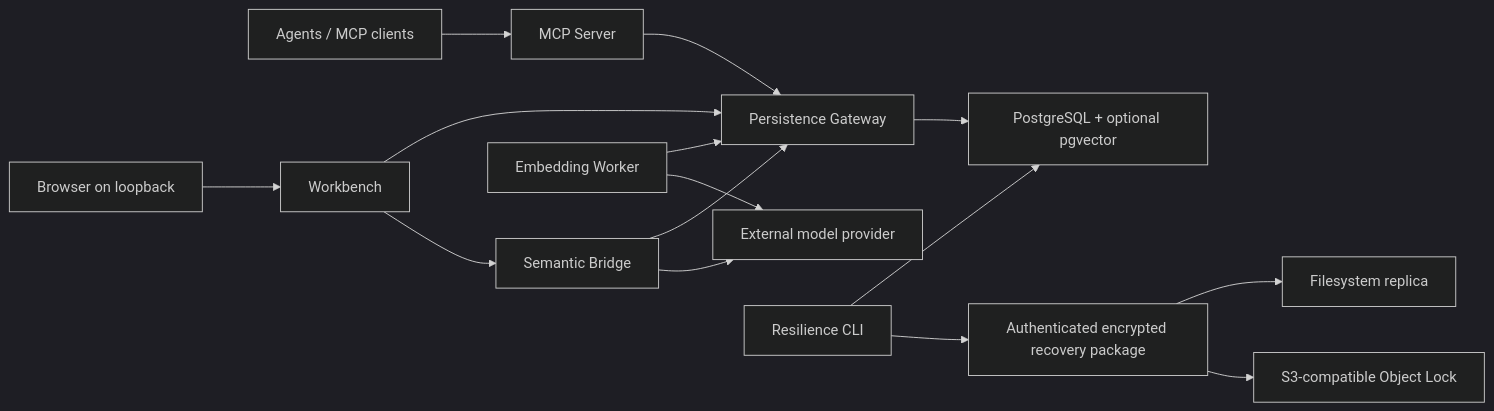
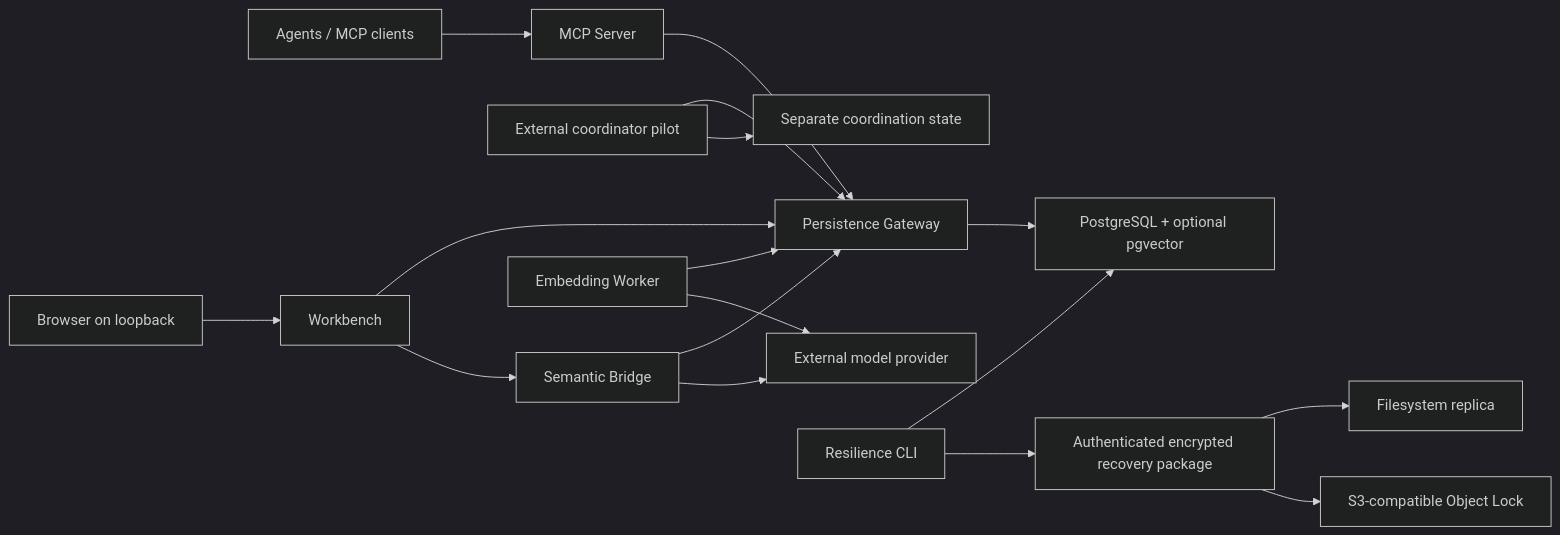
The diagram in README.md (ProjForge/Forge), drawn with Mermaid (dark theme) before and after one commit. The commit also changed other lines of this file and 63 other files, not shown here.

````diff
--- a/README.md
+++ b/README.md
@@ -59,17 +60,19 @@
 ```mermaid
 flowchart LR
     Agents["Agents / MCP clients"] --> MCP["MCP Server"]
     Humans["Browser on loopback"] --> WB["Workbench"]
     MCP --> GW["Persistence Gateway"]
+    Coordinator["External coordinator pilot"] --> GW
+    Coordinator --> Control["Separate coordination state"]
     WB --> GW
     WB --> SB["Semantic Bridge"]
     SB --> GW
     Worker["Embedding Worker"] --> GW
     Worker --> Provider["External model provider"]
     SB --> Provider
     GW --> DB["PostgreSQL + optional pgvector"]
     Recovery["Resilience CLI"] --> DB
     Recovery --> Backup["Authenticated encrypted recovery package"]
     Backup --> LocalReplica["Filesystem replica"]
     Backup --> CloudReplica["S3-compatible Object Lock"]
 ```
````
